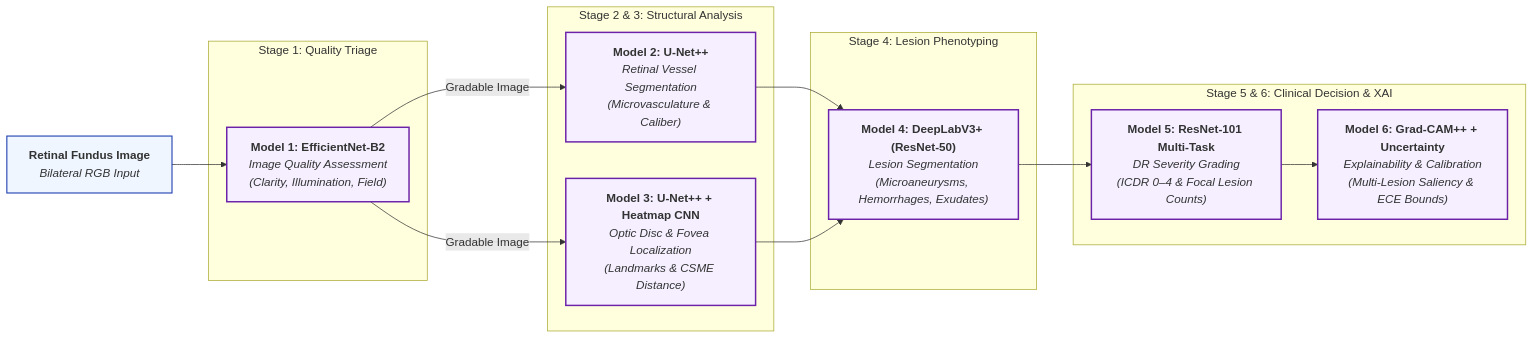
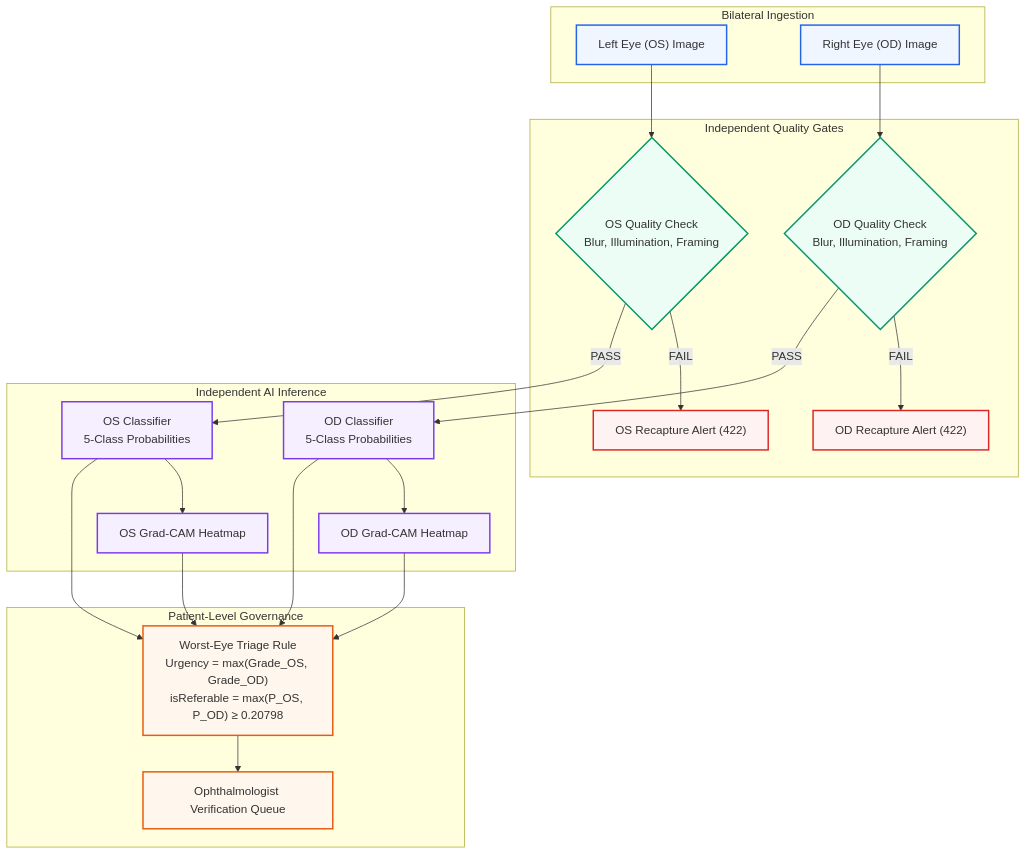
Before and after one commit to SudarshanSingh1/DR-Screening-System: the third of 3 diagrams in README.md, drawn with Mermaid. The commit also changed other lines of this file, not shown here.

````diff
--- a/README.md
+++ b/README.md
@@ -269,35 +391,57 @@
 ```mermaid
-flowchart LR
-    IMG["<b>Retinal Fundus Image</b><br/><i>Bilateral RGB Input</i>"]
-
-    subgraph Stage1 ["Stage 1: Quality Triage"]
-        M1["<b>Model 1: EfficientNet-B2</b><br/><i>Image Quality Assessment<br/>(Clarity, Illumination, Field)</i>"]
+flowchart TD
+    subgraph INGEST ["Bilateral Ingestion"]
+        OS["Left Eye (OS) Image"]
+        OD["Right Eye (OD) Image"]
     end
 
-    subgraph Stage2 ["Stage 2 & 3: Structural Analysis"]
-        M2["<b>Model 2: U-Net++</b><br/><i>Retinal Vessel Segmentation<br/>(Microvasculature & Caliber)</i>"]
-        M3["<b>Model 3: U-Net++ + Heatmap CNN</b><br/><i>Optic Disc & Fovea Localization<br/>(Landmarks & CSME Distance)</i>"]
+    subgraph QG ["Independent Quality Gates"]
+        QG_OS{"OS Quality Check<br/>Blur, Illumination, Framing"}
+        QG_OD{"OD Quality Check<br/>Blur, Illumination, Framing"}
+        RECAP_OS["OS Recapture Alert (422)"]
+        RECAP_OD["OD Recapture Alert (422)"]
     end
 
-    subgraph Stage3 ["Stage 4: Lesion Phenotyping"]
-        M4["<b>Model 4: DeepLabV3+ (ResNet-50)</b><br/><i>Lesion Segmentation<br/>(Microaneurysms, Hemorrhages, Exudates)</i>"]
+    subgraph INFER ["Independent AI Inference"]
+        MODEL_OS["OS Classifier<br/>5-Class Probabilities"]
+        MODEL_OD["OD Classifier<br/>5-Class Probabilities"]
+        CAM_OS["OS Grad-CAM Heatmap"]
+        CAM_OD["OD Grad-CAM Heatmap"]
     end
 
-    subgraph Stage4 ["Stage 5 & 6: Clinical Decision & XAI"]
-        M5["<b>Model 5: ResNet-101 Multi-Task</b><br/><i>DR Severity Grading<br/>(ICDR 0–4 & Focal Lesion Counts)</i>"]
-        M6["<b>Model 6: Grad-CAM++ + Uncertainty</b><br/><i>Explainability & Calibration<br/>(Multi-Lesion Saliency & ECE Bounds)</i>"]
+    subgraph GOVERN ["Patient-Level Governance"]
+        TRIAGE["Worst-Eye Triage Rule<br/>Urgency = max(Grade_OS, Grade_OD)<br/>isReferable = max(P_OS, P_OD) ≥ 0.20798"]
+        DOC["Ophthalmologist Verification Queue"]
     end
 
-    IMG --> M1
-    M1 -->|Gradable Image| M2
-    M1 -->|Gradable Image| M3
-    M2 --> M4
-    M3 --> M4
-    M4 --> M5
-    M5 --> M6
+    OS --> QG_OS
+    OD --> QG_OD
 
-    classDef stage stroke:#1e40af,stroke-width:1.5px,fill:#eff6ff;
-    classDef model stroke:#6b21a8,stroke-width:2px,fill:#f5efff;
-    class IMG stage;
-    class M1,M2,M3,M4,M5,M6 model;
+    QG_OS -->|FAIL| RECAP_OS
+    QG_OD -->|FAIL| RECAP_OD
+
+    QG_OS -->|PASS| MODEL_OS
+    QG_OD -->|PASS| MODEL_OD
+
+    MODEL_OS --> CAM_OS
+    MODEL_OD --> CAM_OD
+
+    MODEL_OS --> TRIAGE
+    MODEL_OD --> TRIAGE
+    CAM_OS --> TRIAGE
+    CAM_OD --> TRIAGE
+
+    TRIAGE --> DOC
+
+    classDef input fill:#eff6ff,stroke:#2563eb,stroke-width:2px;
+    classDef gate fill:#ecfdf5,stroke:#059669,stroke-width:2px;
+    classDef fail fill:#fef2f2,stroke:#dc2626,stroke-width:2px;
+    classDef infer fill:#f5efff,stroke:#7c3aed,stroke-width:2px;
+    classDef gov fill:#fff7ed,stroke:#ea580c,stroke-width:2px;
+
+    class OS,OD input;
+    class QG_OS,QG_OD gate;
+    class RECAP_OS,RECAP_OD fail;
+    class MODEL_OS,MODEL_OD,CAM_OS,CAM_OD infer;
+    class TRIAGE,DOC gov;
 ```
````
